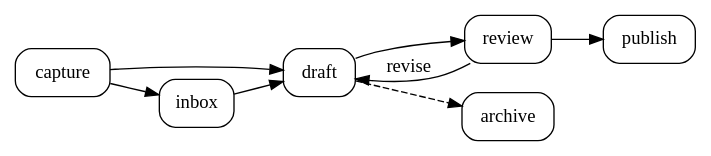
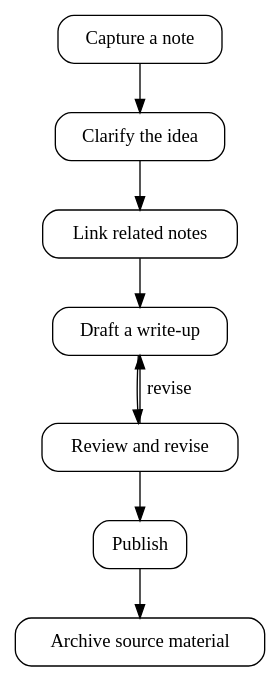
Before and after one commit to ttak0422/track: the second of 2 diagrams in docs/help/diagrams.md, drawn with Graphviz. The commit also changed 1 other file, not shown here.

Commit message:
Preserve footnote state during static prerender

````diff
--- a/docs/help/diagrams.md
+++ b/docs/help/diagrams.md
@@ -38,10 +38,17 @@
 ```dot
-digraph vault {
-  rankdir=LR;
+digraph publish_workflow {
+  rankdir=TB;
   node [shape=box, style=rounded];
-  capture -> draft -> review -> publish;
+  capture [label="Capture a note"];
+  clarify [label="Clarify the idea"];
+  link [label="Link related notes"];
+  draft [label="Draft a write-up"];
+  review [label="Review and revise"];
+  publish [label="Publish"];
+  archive [label="Archive source material"];
+
+  capture -> clarify -> link -> draft -> review -> publish;
   review -> draft [label="revise"];
-  draft -> archive [style=dashed];
-  capture -> inbox -> draft;
+  publish -> archive;
 }
 ```
````
